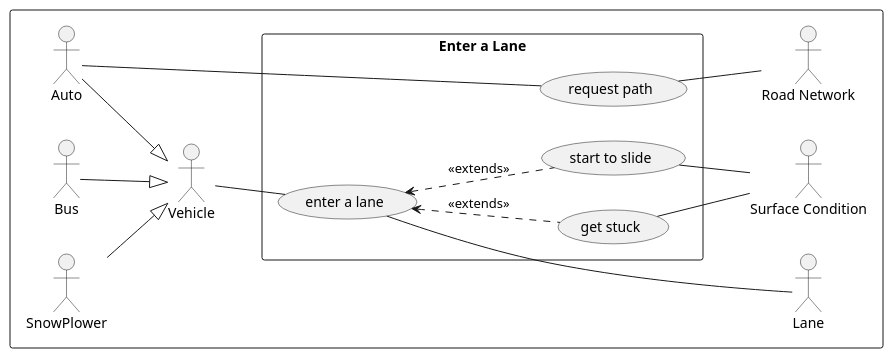
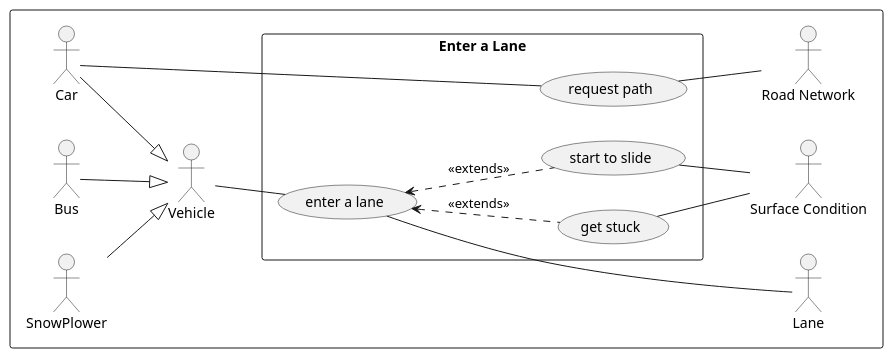
Before and after one commit to MiklosBacsi/Hokotro: the diagram in UML/5. beadandó/Use-case diagram/enterALane.puml, drawn with PlantUML. The commit also changed 1 other file, not shown here.

```diff
--- a/UML/5. beadandó/Use-case diagram/enterALane.puml
+++ b/UML/5. beadandó/Use-case diagram/enterALane.puml
@@ -1,30 +1,30 @@
 @startuml
 rectangle {
 left to right direction
 
-:Auto: --|> :Vehicle: 
+:Car: --|> :Vehicle: 
 :Bus: --|> :Vehicle:
 :SnowPlower: --|> :Vehicle:
 
 
 rectangle "Enter a Lane" {
     (enter a lane) as arrive
     (get stuck) as stuck
     (start to slide) as slide
     (request path) as request
 }
 
 Vehicle -- arrive
 arrive <.. stuck : <<extends>>
 arrive <.. slide : <<extends>>
 
 stuck -- :Surface Condition:
 slide -- :Surface Condition:
 arrive -- :Lane:
 stuck -[hidden]- :Lane:
-Auto -- request
+Car -- request
 request -[hidden]left- stuck
 request -down- :Road Network:
 
 }
 @enduml
```
